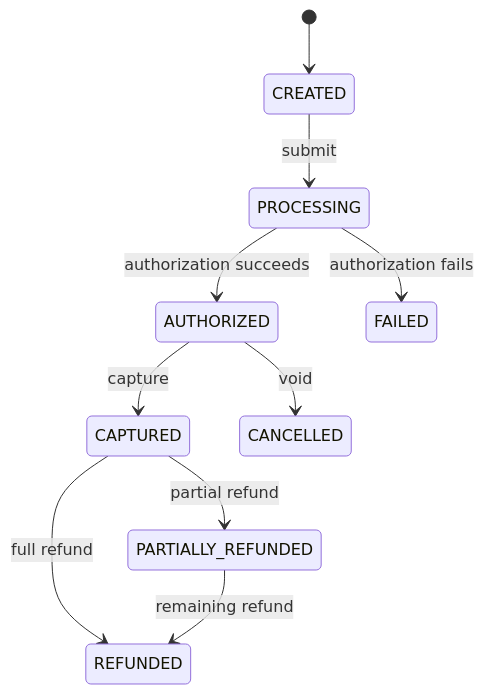
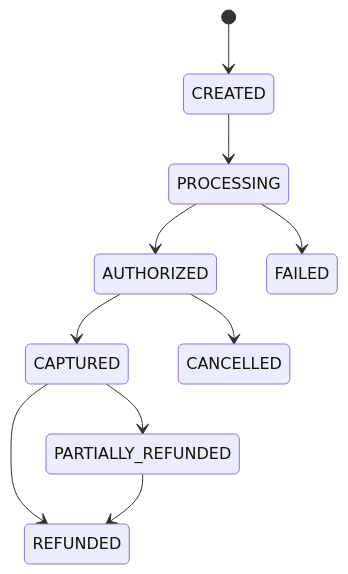
The third of 3 diagrams in src/content/payments/idempotency-keys.md (AvadhBhalodiya/Interview-Preparation), drawn with Mermaid before and after one commit. The commit also changed other lines of this file and 54 other files, not shown here.

````diff
--- a/src/content/payments/idempotency-keys.md
+++ b/src/content/payments/idempotency-keys.md
@@ -245,12 +326,12 @@
 ```mermaid
 stateDiagram-v2
     [*] --> CREATED
-    CREATED --> PROCESSING: submit
-    PROCESSING --> AUTHORIZED: authorization succeeds
-    PROCESSING --> FAILED: authorization fails
-    AUTHORIZED --> CAPTURED: capture
-    AUTHORIZED --> CANCELLED: void
-    CAPTURED --> PARTIALLY_REFUNDED: partial refund
-    CAPTURED --> REFUNDED: full refund
-    PARTIALLY_REFUNDED --> REFUNDED: remaining refund
+    CREATED --> PROCESSING
+    PROCESSING --> AUTHORIZED
+    PROCESSING --> FAILED
+    AUTHORIZED --> CAPTURED
+    AUTHORIZED --> CANCELLED
+    CAPTURED --> PARTIALLY_REFUNDED
+    CAPTURED --> REFUNDED
+    PARTIALLY_REFUNDED --> REFUNDED
 ```
````
